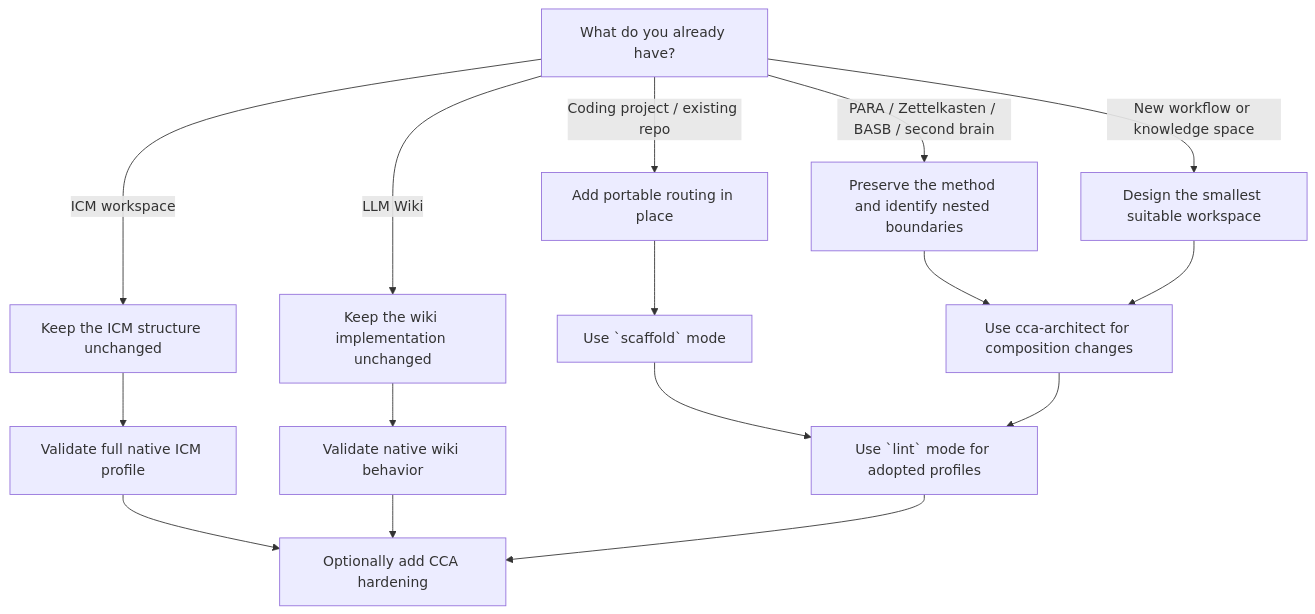
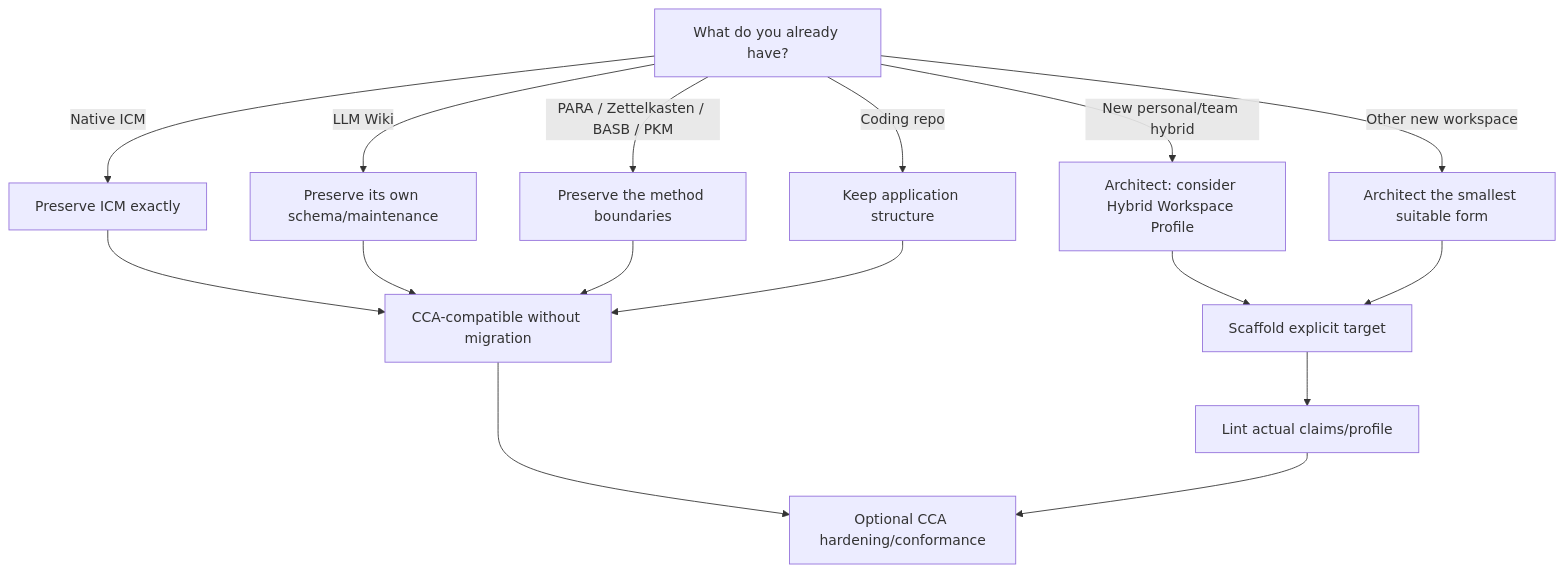
One commit to yonasuriv/CCA changed the first of 2 diagrams in docs/getting-started.md. Above: the diagram before and after it, drawn with Mermaid. The commit also changed other lines of this file and 24 other files, not shown here.

Commit message:
feat: add portable hybrid workspace profile

````diff
--- a/docs/getting-started.md
+++ b/docs/getting-started.md
@@ -9,21 +11,21 @@
 ```mermaid
 flowchart TD
     A["What do you already have?"]
-    A -->|"ICM workspace"| B["Keep the ICM structure unchanged"]
-    A -->|"LLM Wiki"| C["Keep the wiki implementation unchanged"]
-    A -->|"PARA / Zettelkasten / BASB / second brain"| P["Preserve the method and identify nested boundaries"]
-    A -->|"Coding project / existing repo"| D["Add portable routing in place"]
-    A -->|"New workflow or knowledge space"| E["Design the smallest suitable workspace"]
+    A -->|"Native ICM"| B["Preserve ICM exactly"]
+    A -->|"LLM Wiki"| C["Preserve its own schema/maintenance"]
+    A -->|"PARA / Zettelkasten / BASB / PKM"| D["Preserve the method boundaries"]
+    A -->|"Coding repo"| E["Keep application structure"]
+    A -->|"New personal/team hybrid"| F["Architect: consider Hybrid Workspace Profile"]
+    A -->|"Other new workspace"| G["Architect the smallest suitable form"]
 
-    B --> F["Validate full native ICM profile"]
-    C --> G["Validate native wiki behavior"]
-    P --> I["Use cca-architect for composition changes"]
-    D --> H["Use `scaffold` mode"]
-    E --> I
+    B --> H["CCA-compatible without migration"]
+    C --> H
+    D --> H
+    E --> H
+    F --> I["Scaffold explicit target"]
+    G --> I
 
-    F --> J["Optionally add CCA hardening"]
-    G --> J
-    H --> K["Use `lint` mode for adopted profiles"]
-    I --> K
+    H --> J["Optional CCA hardening/conformance"]
+    I --> K["Lint actual claims/profile"]
     K --> J
 ```
````
